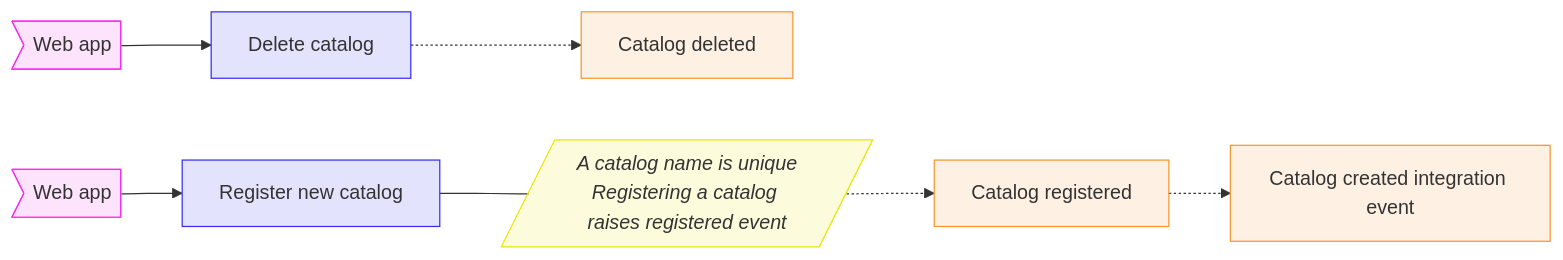
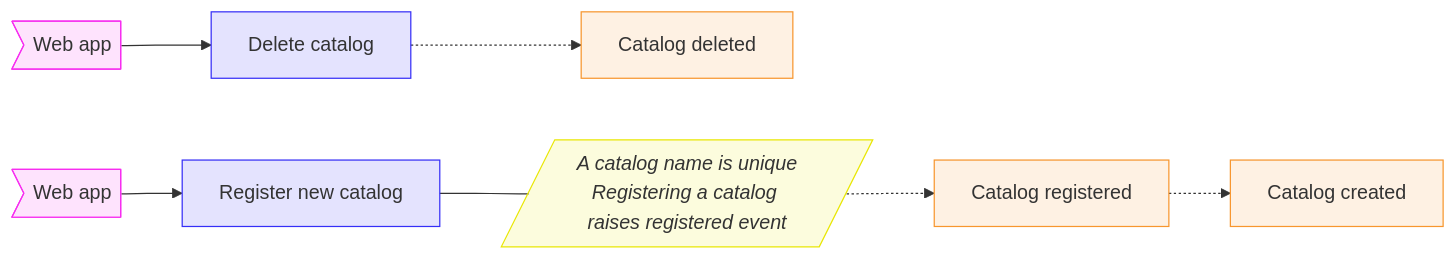
One commit to pierregillon/BoundedContextCanvasGenerator changed the first of 2 diagrams in src/SolutionExample/Example/bounded_context_canvas.md. Above: the diagram before and after it, drawn with Mermaid. The commit also changed 7 other files, not shown here.

Commit message:
feat: remove integration event from friendly name

````diff
--- a/src/SolutionExample/Example/bounded_context_canvas.md
+++ b/src/SolutionExample/Example/bounded_context_canvas.md
@@ -31,30 +31,30 @@
 ```mermaid
 flowchart LR
     classDef commands fill:#352ef722, stroke:#352ef7;
     classDef frontCollaborators fill:#f72ef022, stroke:#f72ef0;
     classDef domainEvents fill:#f7962e22, stroke:#f7962e;
     classDef policies fill:#E9E70522, stroke:#E9E705, font-style:italic;
     classDef integrationEvents fill:#f7962e22, stroke:#f7962e;
     CatalogApplicationCatalogDeleteCatalogCommand["Delete catalog"]
     class CatalogApplicationCatalogDeleteCatalogCommand commands;
     CatalogApplicationCatalogDeleteCatalogCommandWebAppCollaborator>"Web app"]
     class CatalogApplicationCatalogDeleteCatalogCommandWebAppCollaborator frontCollaborators;
     CatalogDomainCatalogEventsCatalogDeleted["Catalog deleted"]
     class CatalogDomainCatalogEventsCatalogDeleted domainEvents;
     CatalogApplicationCatalogRegisterNewCatalogCommand["Register new catalog"]
     class CatalogApplicationCatalogRegisterNewCatalogCommand commands;
     CatalogApplicationCatalogRegisterNewCatalogCommandWebAppCollaborator>"Web app"]
     class CatalogApplicationCatalogRegisterNewCatalogCommandWebAppCollaborator frontCollaborators;
     CatalogApplicationCatalogRegisterNewCatalogCommandPolicies[/"A catalog name is unique<br/>Registering a catalog raises registered event"/]
     class CatalogApplicationCatalogRegisterNewCatalogCommandPolicies policies;
     CatalogDomainCatalogEventsCatalogRegistered["Catalog registered"]
     class CatalogDomainCatalogEventsCatalogRegistered domainEvents;
-    CatalogInfrastructureCatalogCatalogCreatedIntegrationEvent["Catalog created integration event"]
+    CatalogInfrastructureCatalogCatalogCreatedIntegrationEvent["Catalog created"]
     class CatalogInfrastructureCatalogCatalogCreatedIntegrationEvent integrationEvents;
     CatalogApplicationCatalogDeleteCatalogCommandWebAppCollaborator --> CatalogApplicationCatalogDeleteCatalogCommand
     CatalogApplicationCatalogDeleteCatalogCommand -.-> CatalogDomainCatalogEventsCatalogDeleted
     CatalogApplicationCatalogRegisterNewCatalogCommandWebAppCollaborator --> CatalogApplicationCatalogRegisterNewCatalogCommand
     CatalogApplicationCatalogRegisterNewCatalogCommand --- CatalogApplicationCatalogRegisterNewCatalogCommandPolicies
     CatalogApplicationCatalogRegisterNewCatalogCommandPolicies -.-> CatalogDomainCatalogEventsCatalogRegistered
     CatalogDomainCatalogEventsCatalogRegistered -.-> CatalogInfrastructureCatalogCatalogCreatedIntegrationEvent
 ```
````
